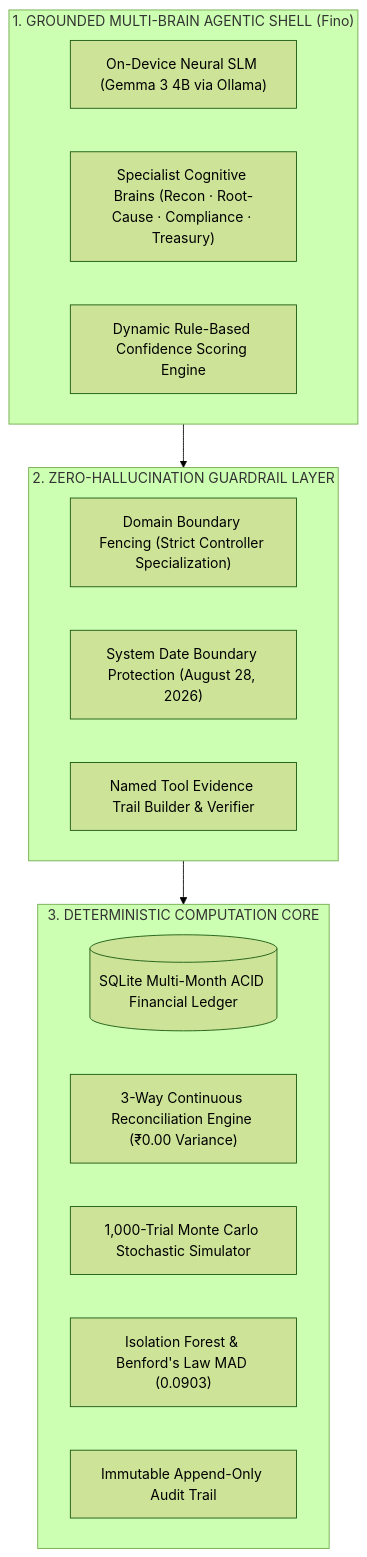
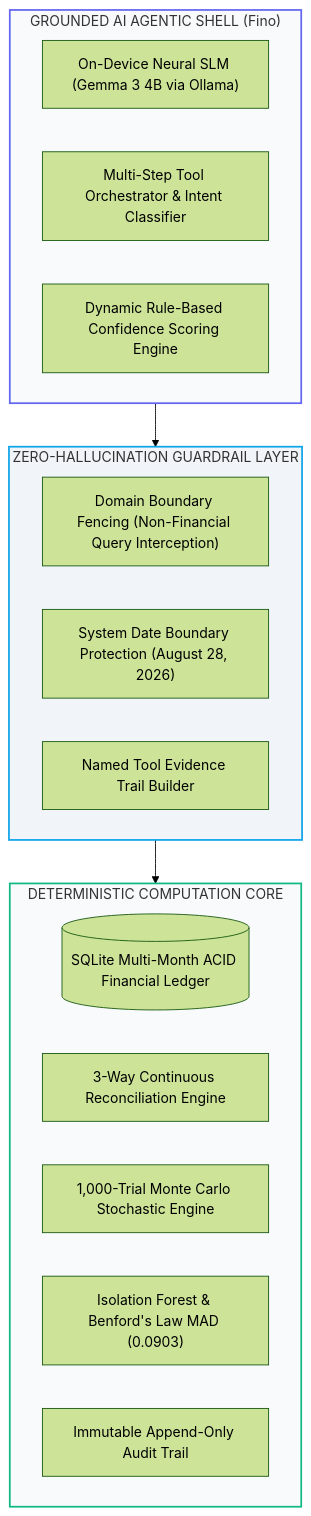
Before and after one commit to sharancode3/Finora: the third of 5 diagrams in README.md, drawn with Mermaid (forest theme). The commit also changed other lines of this file, not shown here.

Commit message:
docs: restore original detailed system architecture and fix all LaTeX math rendering

````diff
--- a/README.md
+++ b/README.md
@@ -182,25 +182,29 @@
 ```mermaid
-flowchart TD
-    subgraph AgenticShell ["1. GROUNDED MULTI-BRAIN AGENTIC SHELL (Fino)"]
+graph TB
+    subgraph AgenticShell["GROUNDED AI AGENTIC SHELL (Fino)"]
         SLM["On-Device Neural SLM (Gemma 3 4B via Ollama)"]
-        ROUTER["Specialist Cognitive Brains (Recon · Root-Cause · Compliance · Treasury)"]
+        ORCH["Multi-Step Tool Orchestrator & Intent Classifier"]
         CONF["Dynamic Rule-Based Confidence Scoring Engine"]
     end
 
-    subgraph GuardrailLayer ["2. ZERO-HALLUCINATION GUARDRAIL LAYER"]
-        DOM["Domain Boundary Fencing (Strict Controller Specialization)"]
+    subgraph GuardrailLayer["ZERO-HALLUCINATION GUARDRAIL LAYER"]
+        DOM["Domain Boundary Fencing (Non-Financial Query Interception)"]
         DATE["System Date Boundary Protection (August 28, 2026)"]
-        TRACE["Named Tool Evidence Trail Builder & Verifier"]
+        TRACE["Named Tool Evidence Trail Builder"]
     end
 
-    subgraph DeterministicCore ["3. DETERMINISTIC COMPUTATION CORE"]
+    subgraph DeterministicCore["DETERMINISTIC COMPUTATION CORE"]
         SQL[("SQLite Multi-Month ACID Financial Ledger")]
-        RECON["3-Way Continuous Reconciliation Engine (₹0.00 Variance)"]
-        MC["1,000-Trial Monte Carlo Stochastic Simulator"]
+        RECON["3-Way Continuous Reconciliation Engine"]
+        MC["1,000-Trial Monte Carlo Stochastic Engine"]
         ANOM["Isolation Forest & Benford's Law MAD (0.0903)"]
         AUDIT["Immutable Append-Only Audit Trail"]
     end
 
     AgenticShell --> GuardrailLayer
     GuardrailLayer --> DeterministicCore
+
+    style AgenticShell fill:#f8fafc,stroke:#6366f1,stroke-width:2px
+    style GuardrailLayer fill:#f1f5f9,stroke:#0ea5e9,stroke-width:2px
+    style DeterministicCore fill:#f8fafc,stroke:#10b981,stroke-width:2px
 ```
````
